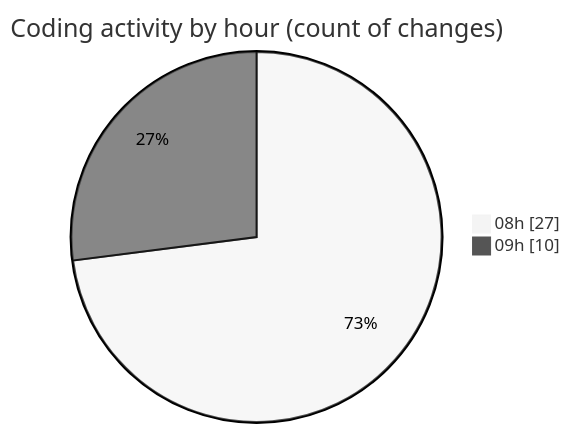
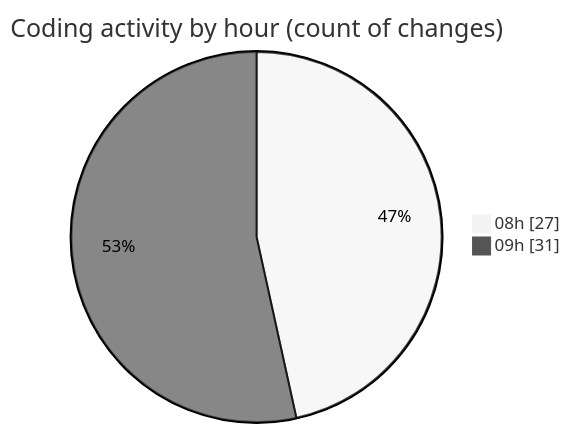
One commit to ernivani/code-tracking changed the second of 2 diagrams in 2025-01-03/nextjs-webllm/README.md. Above: the diagram before and after it, drawn with Mermaid (neutral theme). The commit also changed other lines of this file and 5 other files, not shown here.

````diff
--- a/2025-01-03/nextjs-webllm/README.md
+++ b/2025-01-03/nextjs-webllm/README.md
@@ -47,6 +50,6 @@
 ```mermaid
 pie showData
 title Coding activity by hour (count of changes)
 "08h" : 27
-"09h" : 10
+"09h" : 31
 ```
````
